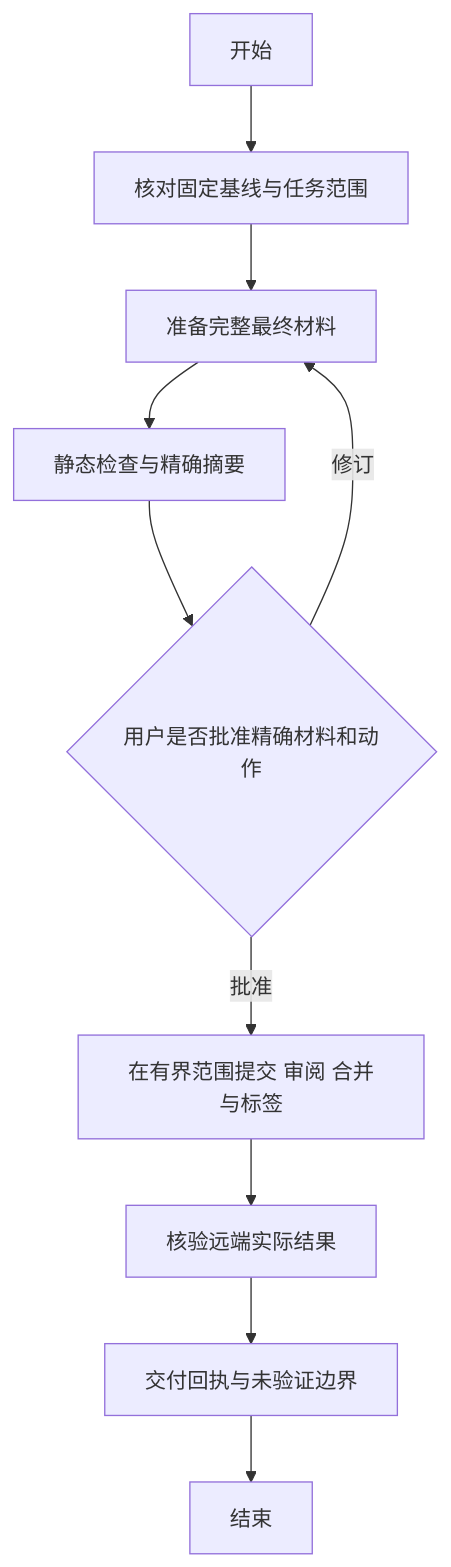
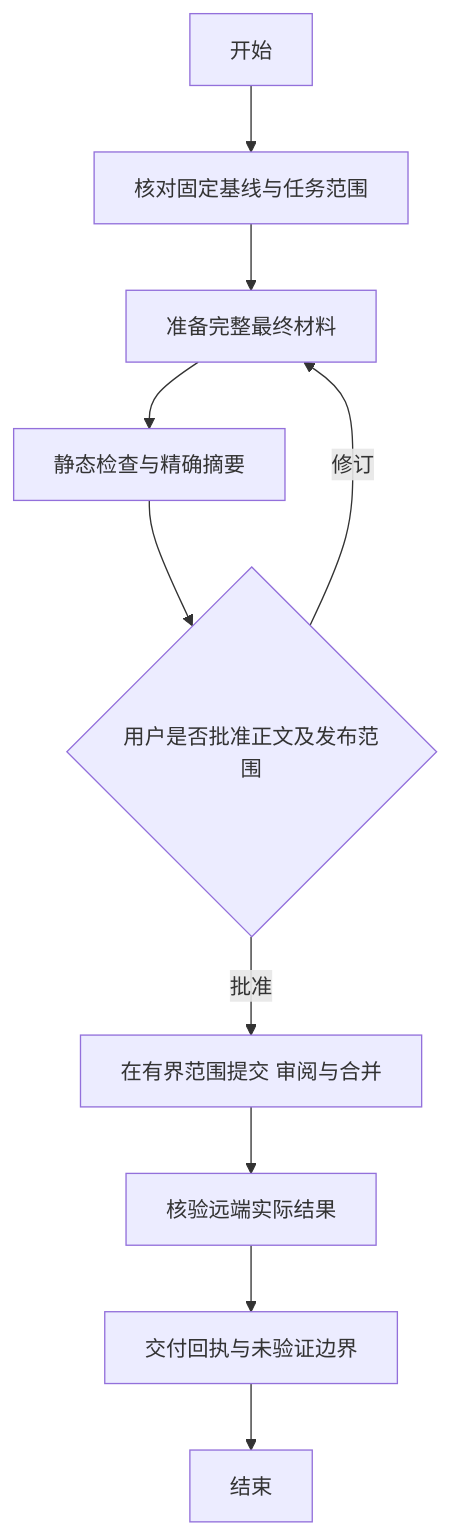
The diagram in projects/rules-repository/PROJECT_SPEC.md (Karlsen9527/karlsen-ai-collaboration-rules), drawn with Mermaid before and after one commit. The commit also changed other lines of this file, not shown here.

````diff
--- a/projects/rules-repository/PROJECT_SPEC.md
+++ b/projects/rules-repository/PROJECT_SPEC.md
@@ -26,12 +26,12 @@
 ```mermaid
 flowchart TD
     A[开始] --> B[核对固定基线与任务范围]
     B --> C[准备完整最终材料]
     C --> D[静态检查与精确摘要]
-    D --> E{用户是否批准精确材料和动作}
+    D --> E{用户是否批准正文及发布范围}
     E -->|修订| C
-    E -->|批准| F[在有界范围提交 审阅 合并与标签]
+    E -->|批准| F[在有界范围提交 审阅与合并]
     F --> G[核验远端实际结果]
     G --> H[交付回执与未验证边界]
     H --> I[结束]
 ```
````
